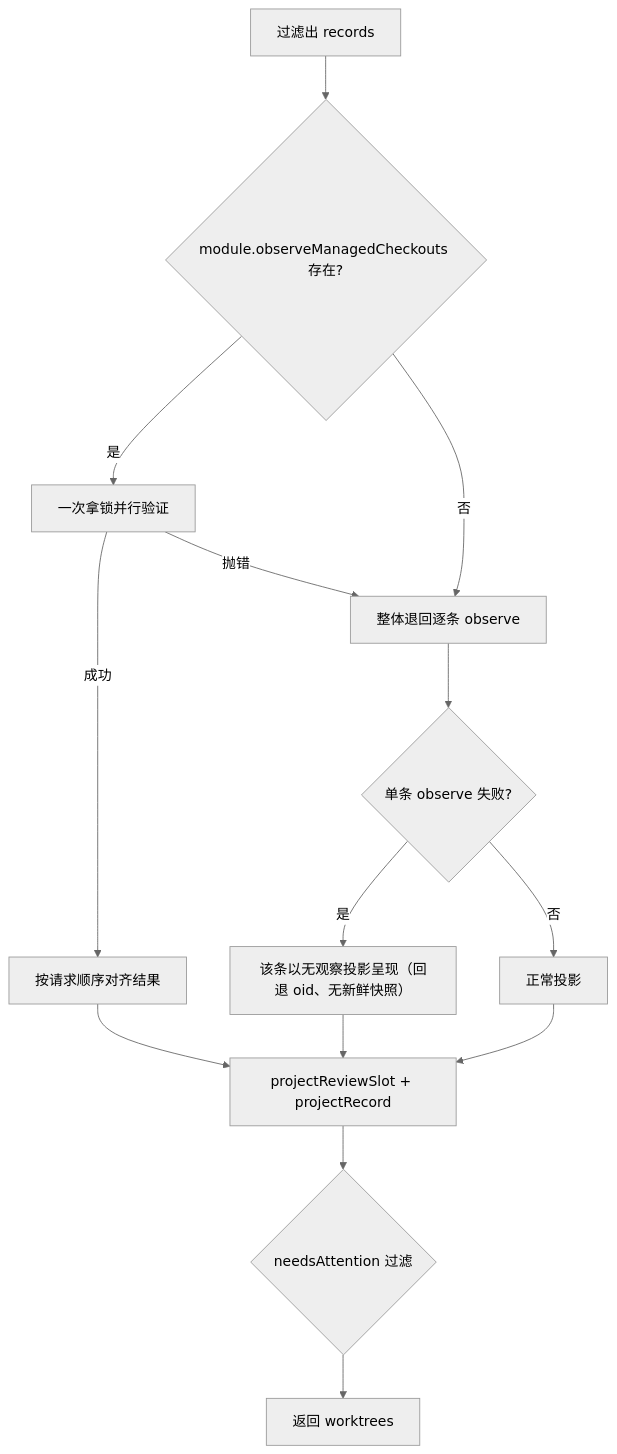
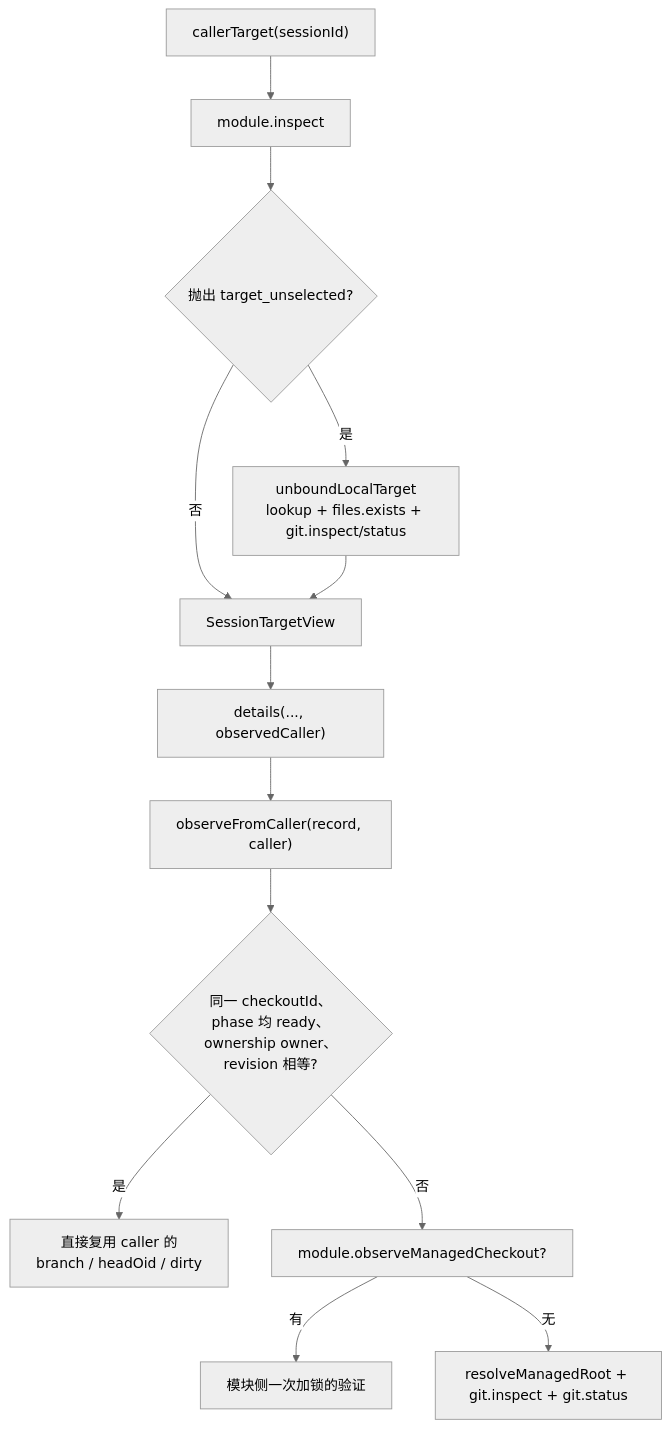
The fourth of 9 diagrams in .codewiki/modules/console-host-control-plane.md (ikliml666/dsh-git-workspace), drawn with Mermaid (neutral theme) before and after one commit. The commit also changed other lines of this file and 117 other files, not shown here.

````diff
--- a/.codewiki/modules/console-host-control-plane.md
+++ b/.codewiki/modules/console-host-control-plane.md
@@ -282,16 +224,15 @@
 ```mermaid
-flowchart TD
-  A["过滤出 records"] --> B{"module.observeManagedCheckouts 存在?"}
-  B -- 是 --> C["一次拿锁并行验证"]
-  C -- 抛错 --> D["整体退回逐条 observe"]
-  C -- 成功 --> E["按请求顺序对齐结果"]
-  B -- 否 --> D
-  D --> F{"单条 observe 失败?"}
-  F -- 是 --> G["该条以无观察投影呈现（回退 oid、无新鲜快照）"]
-  F -- 否 --> H["正常投影"]
-  E --> I["projectReviewSlot + projectRecord"]
-  G --> I
-  H --> I
-  I --> J{"needsAttention 过滤"}
-  J --> K["返回 worktrees"]
+flowchart TB
+  A["callerTarget(sessionId)"] --> B["module.inspect"]
+  B --> C{"抛出 target_unselected?"}
+  C -->|是| D["unboundLocalTarget<br/>lookup + files.exists + git.inspect/status"]
+  C -->|否| E["SessionTargetView"]
+  D --> E
+  E --> F["details(..., observedCaller)"]
+  F --> G["observeFromCaller(record, caller)"]
+  G --> H{"同一 checkoutId、<br/>phase 均 ready、<br/>ownership owner、<br/>revision 相等?"}
+  H -->|是| I["直接复用 caller 的<br/>branch / headOid / dirty"]
+  H -->|否| J["module.observeManagedCheckout?"]
+  J -->|有| K["模块侧一次加锁的验证"]
+  J -->|无| L["resolveManagedRoot + git.inspect + git.status"]
 ```
````
